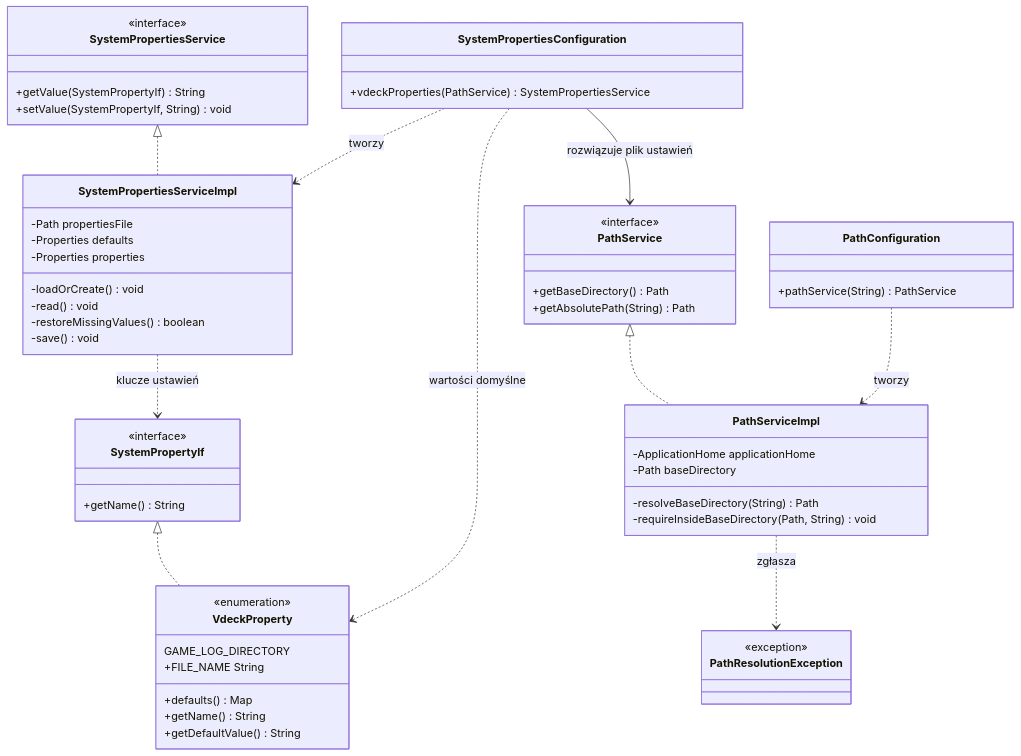
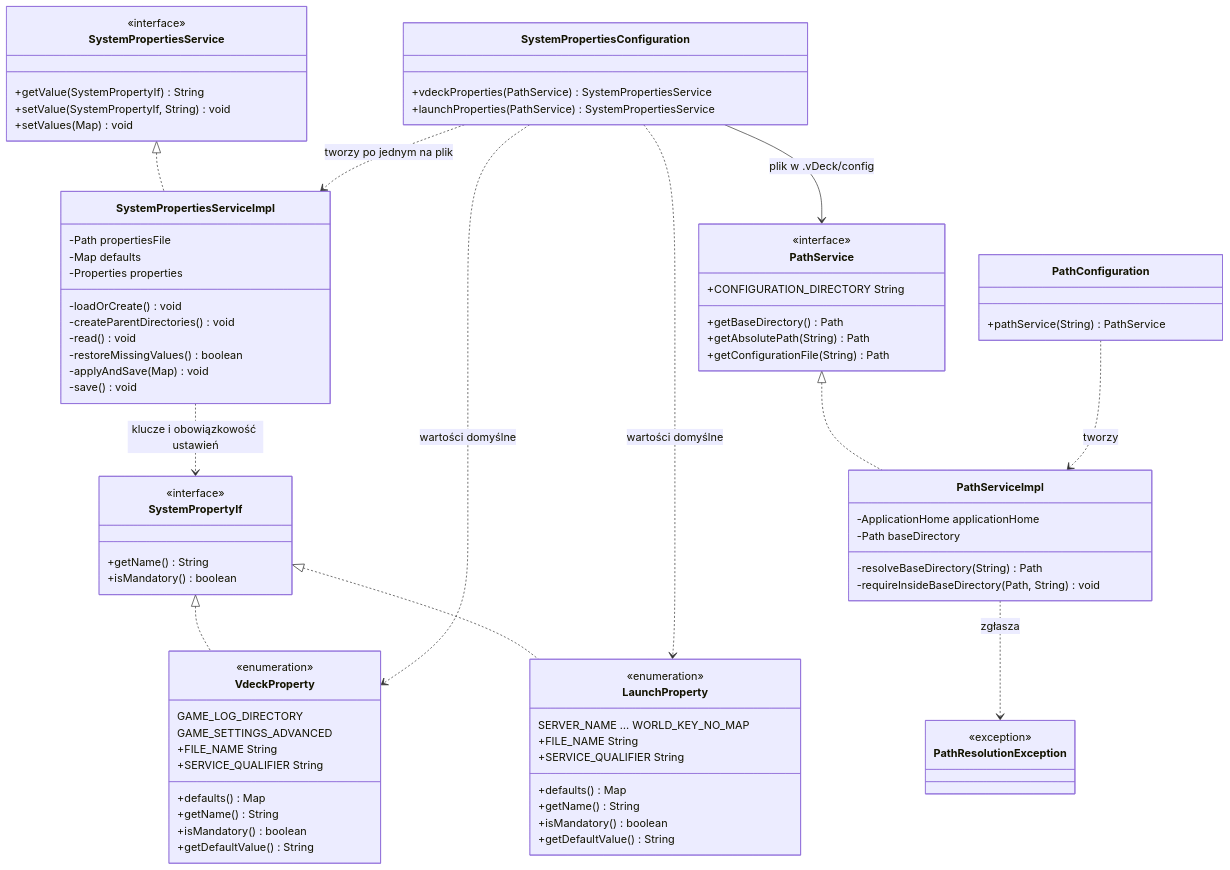
One commit to Pplociennik/vDeck changed the diagram in dokumentacja/diagramy/wspolne/klasy-konfiguracja.mmd. Above: the diagram before and after it, drawn with Mermaid. The commit also changed 64 other files, not shown here.

Commit message:
[VDEC-6] ADD: Created panels for managing valheim server launch properties.

```diff
--- a/dokumentacja/diagramy/wspolne/klasy-konfiguracja.mmd
+++ b/dokumentacja/diagramy/wspolne/klasy-konfiguracja.mmd
@@ -1,68 +1,91 @@
 %% Diagram klas: infrastruktura konfiguracji i rozwiązywania ścieżek
 classDiagram
     direction TB
 
     class SystemPropertyIf {
         <<interface>>
         +getName() String
+        +isMandatory() boolean
     }
 
     class VdeckProperty {
         <<enumeration>>
         GAME_LOG_DIRECTORY
+        GAME_SETTINGS_ADVANCED
         +FILE_NAME String
+        +SERVICE_QUALIFIER String
         +defaults() Map
         +getName() String
+        +isMandatory() boolean
+        +getDefaultValue() String
+    }
+
+    class LaunchProperty {
+        <<enumeration>>
+        SERVER_NAME … WORLD_KEY_NO_MAP
+        +FILE_NAME String
+        +SERVICE_QUALIFIER String
+        +defaults() Map
+        +getName() String
+        +isMandatory() boolean
         +getDefaultValue() String
     }
 
     class SystemPropertiesService {
         <<interface>>
         +getValue(SystemPropertyIf) String
         +setValue(SystemPropertyIf, String) void
+        +setValues(Map) void
     }
 
     class SystemPropertiesServiceImpl {
         -Path propertiesFile
-        -Properties defaults
+        -Map defaults
         -Properties properties
         -loadOrCreate() void
+        -createParentDirectories() void
         -read() void
         -restoreMissingValues() boolean
+        -applyAndSave(Map) void
         -save() void
     }
 
     class PathService {
         <<interface>>
+        +CONFIGURATION_DIRECTORY String
         +getBaseDirectory() Path
         +getAbsolutePath(String) Path
+        +getConfigurationFile(String) Path
     }
 
     class PathServiceImpl {
         -ApplicationHome applicationHome
         -Path baseDirectory
         -resolveBaseDirectory(String) Path
         -requireInsideBaseDirectory(Path, String) void
     }
 
     class PathResolutionException {
         <<exception>>
     }
 
     class PathConfiguration {
         +pathService(String) PathService
     }
 
     class SystemPropertiesConfiguration {
         +vdeckProperties(PathService) SystemPropertiesService
+        +launchProperties(PathService) SystemPropertiesService
     }
 
     SystemPropertyIf <|.. VdeckProperty
+    SystemPropertyIf <|.. LaunchProperty
     SystemPropertiesService <|.. SystemPropertiesServiceImpl
-    SystemPropertiesServiceImpl ..> SystemPropertyIf : klucze ustawień
+    SystemPropertiesServiceImpl ..> SystemPropertyIf : klucze i obowiązkowość ustawień
     PathService <|.. PathServiceImpl
     PathServiceImpl ..> PathResolutionException : zgłasza
     PathConfiguration ..> PathServiceImpl : tworzy
-    SystemPropertiesConfiguration ..> SystemPropertiesServiceImpl : tworzy
-    SystemPropertiesConfiguration --> PathService : rozwiązuje plik ustawień
+    SystemPropertiesConfiguration ..> SystemPropertiesServiceImpl : tworzy po jednym na plik
+    SystemPropertiesConfiguration --> PathService : plik w .vDeck/config
     SystemPropertiesConfiguration ..> VdeckProperty : wartości domyślne
+    SystemPropertiesConfiguration ..> LaunchProperty : wartości domyślne
```
